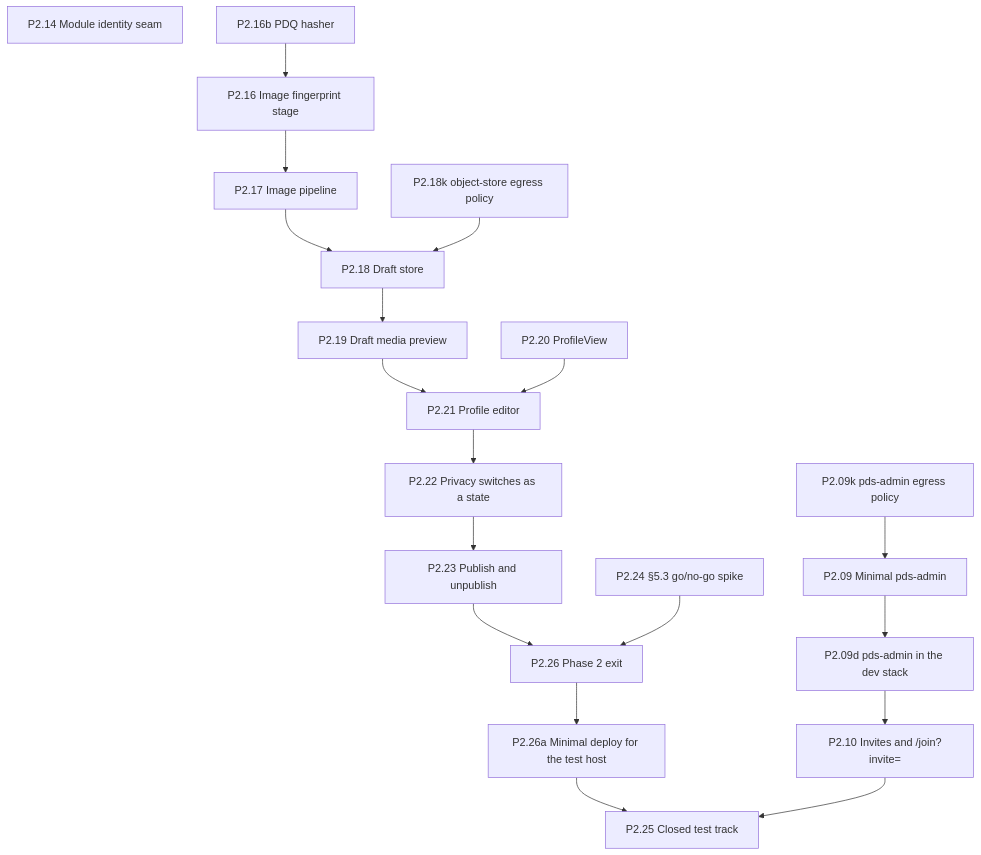
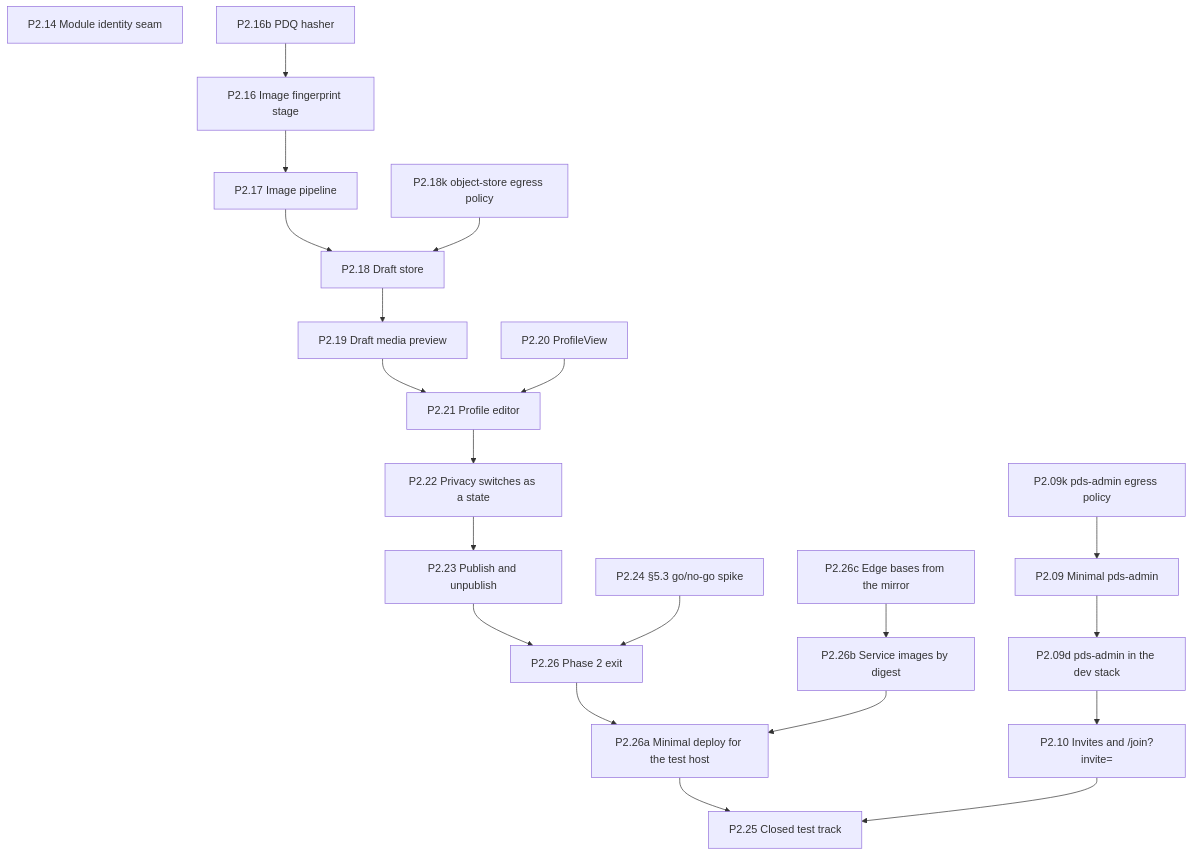
One commit to Undefined6799/unset changed the fifth of 11 diagrams in docs/ai/book/01-outline.md. Above: the diagram before and after it, drawn with Mermaid. The commit also changed other lines of this file and 5 other files, not shown here.

````diff
--- a/docs/ai/book/01-outline.md
+++ b/docs/ai/book/01-outline.md
@@ -1236,39 +1240,43 @@
 ```mermaid
 flowchart TD
   P2_09["P2.09 Minimal pds-admin"]
   P2_09d["P2.09d pds-admin in the dev stack"]
   P2_09k["P2.09k pds-admin egress policy"]
   P2_10["P2.10 Invites and /join?invite="]
   P2_14["P2.14 Module identity seam"]
   P2_16b["P2.16b PDQ hasher"]
   P2_16["P2.16 Image fingerprint stage"]
   P2_17["P2.17 Image pipeline"]
   P2_18["P2.18 Draft store"]
   P2_18k["P2.18k object-store egress policy"]
   P2_19["P2.19 Draft media preview"]
   P2_20["P2.20 ProfileView"]
   P2_21["P2.21 Profile editor"]
   P2_22["P2.22 Privacy switches as a state"]
   P2_23["P2.23 Publish and unpublish"]
   P2_24["P2.24 §5.3 go/no-go spike"]
   P2_26["P2.26 Phase 2 exit"]
+  P2_26c["P2.26c Edge bases from the mirror"]
+  P2_26b["P2.26b Service images by digest"]
   P2_26a["P2.26a Minimal deploy for the test host"]
   P2_25["P2.25 Closed test track"]
   P2_16b --> P2_16
   P2_16 --> P2_17
   P2_17 --> P2_18
   P2_18 --> P2_19
   P2_19 --> P2_21
   P2_20 --> P2_21
   P2_21 --> P2_22
   P2_22 --> P2_23
   P2_23 --> P2_26
   P2_24 --> P2_26
   P2_26 --> P2_26a
+  P2_26c --> P2_26b
+  P2_26b --> P2_26a
   P2_26a --> P2_25
   P2_10 --> P2_25
   P2_18k --> P2_18
   P2_09k --> P2_09
   P2_09 --> P2_09d
   P2_09d --> P2_10
 ```
````
